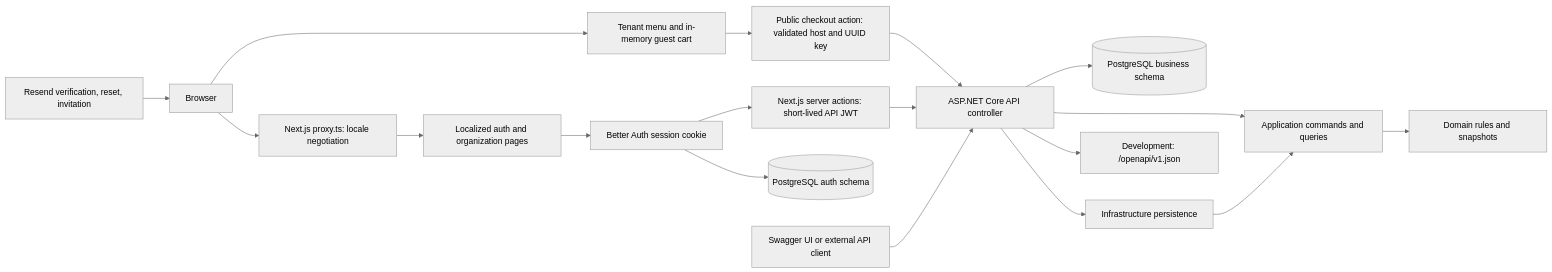
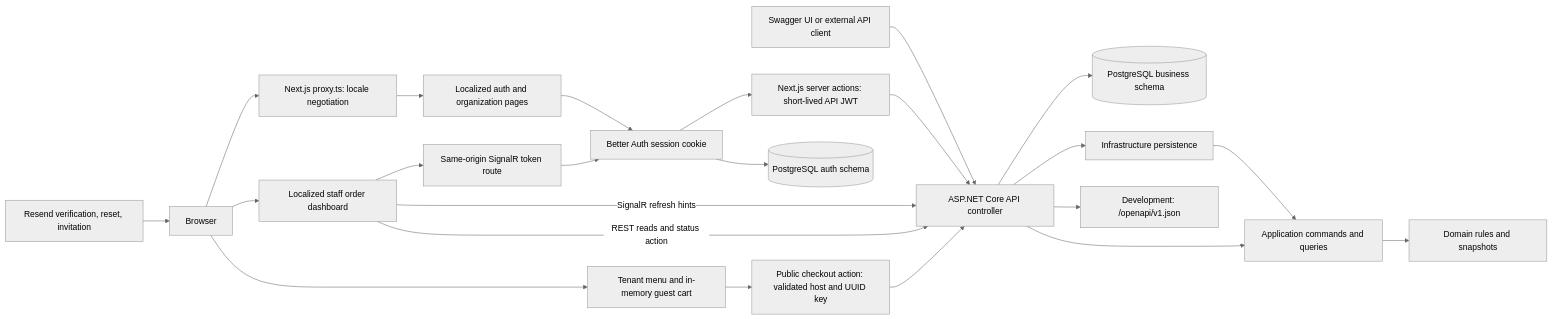
One commit to whritou/WhitePlate changed the diagram in docs/architecture/WHITEPLATE_SYSTEM_ARCHITECTURE.md. Above: the diagram before and after it, drawn with Mermaid (neutral theme). The commit also changed other lines of this file and 26 other files, not shown here.

Commit message:
feat(orders): add staff kitchen dashboard

````diff
--- a/docs/architecture/WHITEPLATE_SYSTEM_ARCHITECTURE.md
+++ b/docs/architecture/WHITEPLATE_SYSTEM_ARCHITECTURE.md
@@ -7,20 +7,25 @@
 ```mermaid
 flowchart LR
     Browser[Browser] --> Proxy["Next.js proxy.ts: locale negotiation"]
     Browser --> Storefront["Tenant menu and in-memory guest cart"]
+    Browser --> Kitchen["Localized staff order dashboard"]
     Storefront --> GuestCheckout["Public checkout action: validated host and UUID key"]
     GuestCheckout --> Api
+    Kitchen -->|REST reads and status action| Api
+    Kitchen -->|SignalR refresh hints| Api
+    Kitchen --> TokenRoute["Same-origin SignalR token route"]
+    TokenRoute --> Auth
     Proxy --> Page["Localized auth and organization pages"]
     Page --> Auth["Better Auth session cookie"]
     Auth --> BFF["Next.js server actions: short-lived API JWT"]
     BFF --> Api["ASP.NET Core API"]
     Api --> Database[(PostgreSQL business schema)]
     Auth --> AuthDb[(PostgreSQL auth schema)]
     Email["Resend verification, reset, invitation"] --> Browser
     Swagger["Swagger UI or external API client"] --> Api["ASP.NET Core API controller"]
     Api --> Application["Application commands and queries"]
     Application --> Domain["Domain rules and snapshots"]
     Api --> Infrastructure["Infrastructure persistence"]
     Infrastructure --> Application
     Api --> Spec["Development: /openapi/v1.json"]
 ```
````
